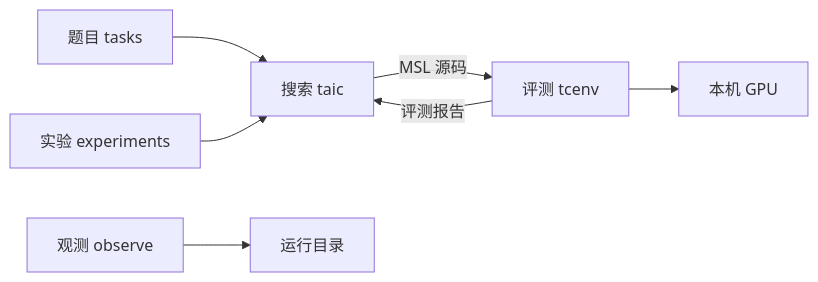
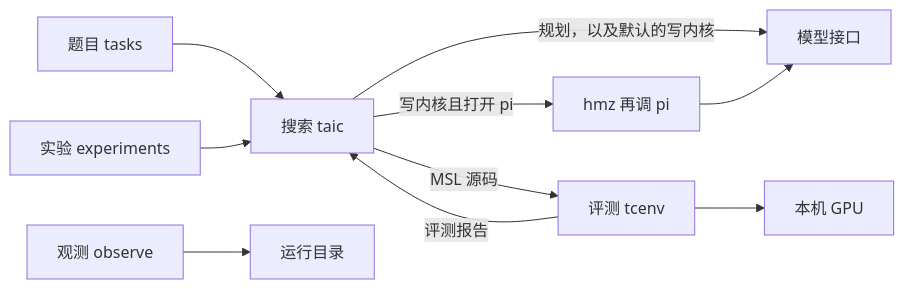
The first of 2 diagrams in docs/架构说明.md (kuafuwang/ShapeForge), drawn with Mermaid before and after one commit. The commit also changed other lines of this file and 26 other files, not shown here.

````diff
--- a/docs/架构说明.md
+++ b/docs/架构说明.md
@@ -102,9 +122,12 @@
 ```mermaid
 flowchart LR
   tasks["题目 tasks"] --> taic["搜索 taic"]
+  taic -->|"规划，以及默认的写内核"| llm["模型接口"]
+  taic -->|"写内核且打开 pi"| hmz["hmz 再调 pi"]
+  hmz --> llm
   taic -->|"MSL 源码"| tcenv["评测 tcenv"]
   tcenv -->|"评测报告"| taic
   tcenv --> gpu["本机 GPU"]
   experiments["实验 experiments"] --> taic
   observe["观测 observe"] --> runs["运行目录"]
 ```
````
